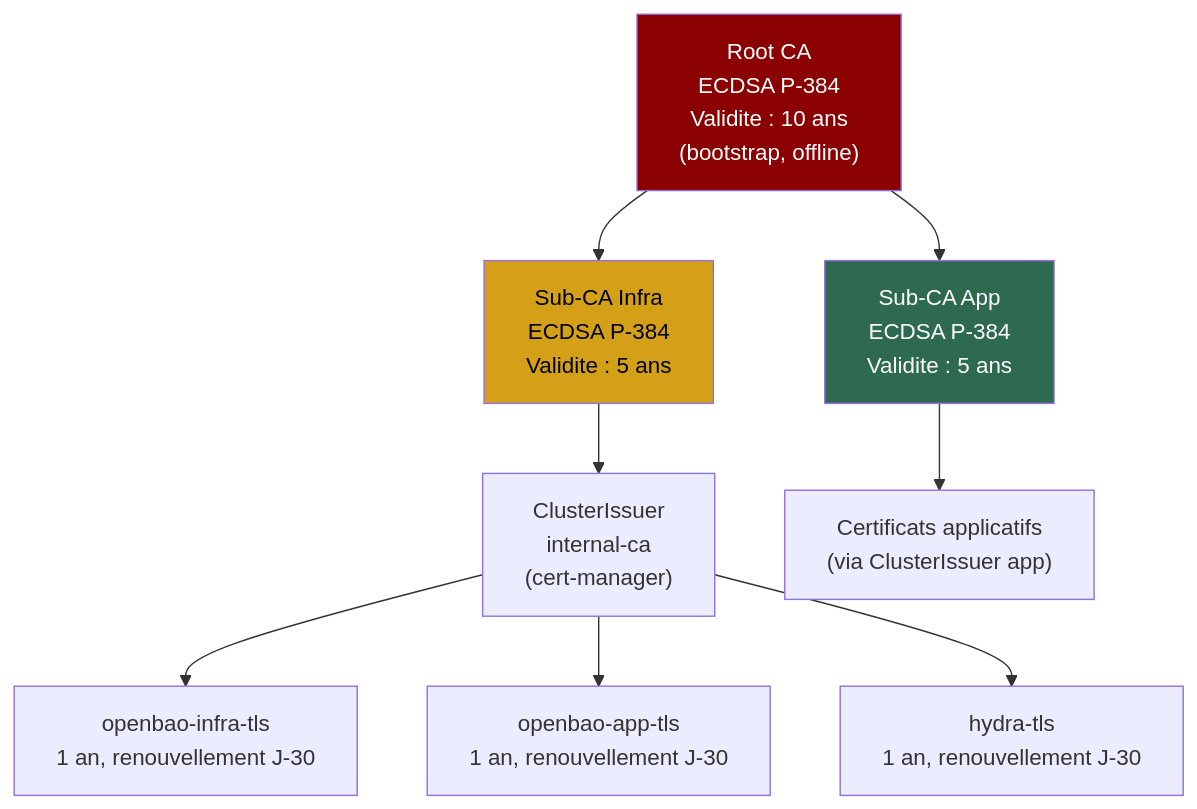
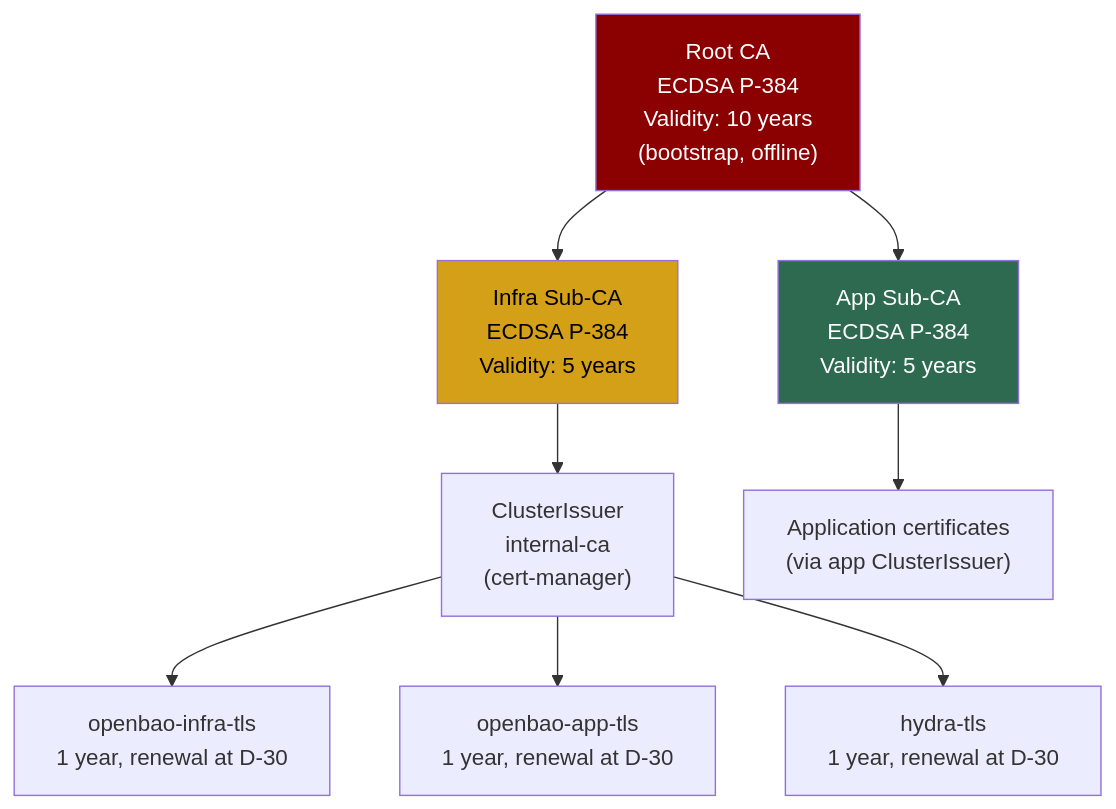
One commit to Destynova2/st4ck changed the sixth of 7 diagrams in docs/hld-talos-platform.md. Above: the diagram before and after it, drawn with Mermaid. The commit also changed other lines of this file, not shown here.

````diff
--- a/docs/hld-talos-platform.md
+++ b/docs/hld-talos-platform.md
@@ -326,15 +325,15 @@
 ```mermaid
 graph TD
-    ROOT["Root CA<br/>ECDSA P-384<br/>Validite : 10 ans<br/>(bootstrap, offline)"]
-    ROOT --> INFRA_CA["Sub-CA Infra<br/>ECDSA P-384<br/>Validite : 5 ans"]
-    ROOT --> APP_CA["Sub-CA App<br/>ECDSA P-384<br/>Validite : 5 ans"]
+    ROOT["Root CA<br/>ECDSA P-384<br/>Validity: 10 years<br/>(bootstrap, offline)"]
+    ROOT --> INFRA_CA["Infra Sub-CA<br/>ECDSA P-384<br/>Validity: 5 years"]
+    ROOT --> APP_CA["App Sub-CA<br/>ECDSA P-384<br/>Validity: 5 years"]
     INFRA_CA --> ISSUER["ClusterIssuer<br/>internal-ca<br/>(cert-manager)"]
-    ISSUER --> LEAF1["openbao-infra-tls<br/>1 an, renouvellement J-30"]
-    ISSUER --> LEAF2["openbao-app-tls<br/>1 an, renouvellement J-30"]
-    ISSUER --> LEAF3["hydra-tls<br/>1 an, renouvellement J-30"]
-    APP_CA --> APP_LEAF["Certificats applicatifs<br/>(via ClusterIssuer app)"]
+    ISSUER --> LEAF1["openbao-infra-tls<br/>1 year, renewal at D-30"]
+    ISSUER --> LEAF2["openbao-app-tls<br/>1 year, renewal at D-30"]
+    ISSUER --> LEAF3["hydra-tls<br/>1 year, renewal at D-30"]
+    APP_CA --> APP_LEAF["Application certificates<br/>(via app ClusterIssuer)"]
 
     style ROOT fill:#8B0000,color:#fff
     style INFRA_CA fill:#d4a017,color:#000
     style APP_CA fill:#2d6a4f,color:#fff
 ```
````
